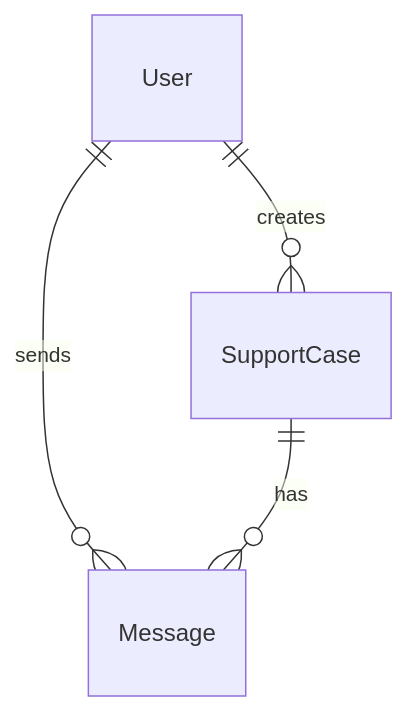
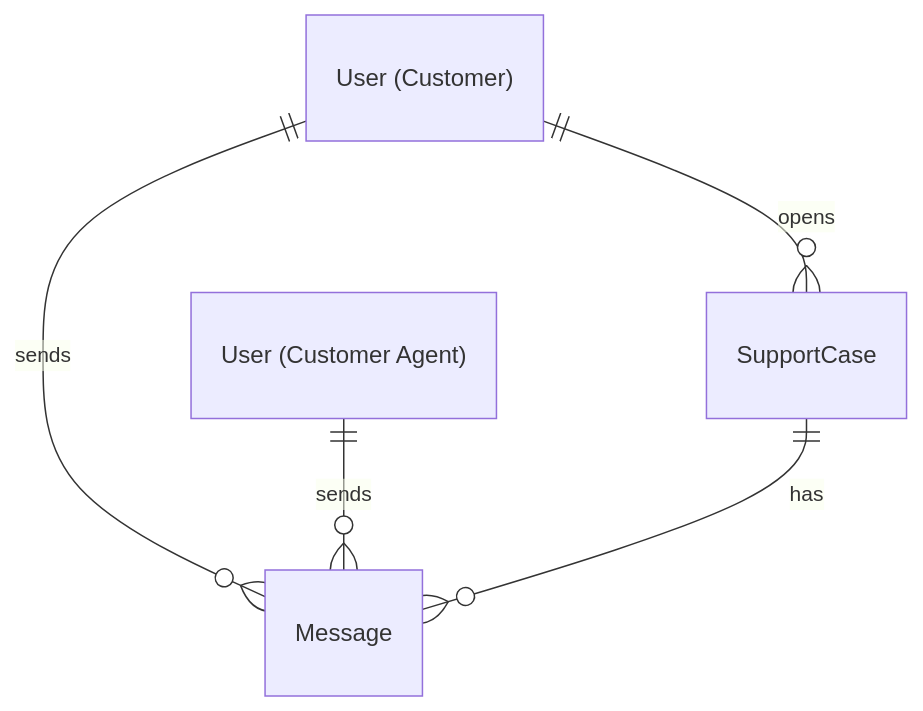
The diagram in README.md (dmarcoux/customer-chat), drawn with Mermaid before and after one commit. The commit also changed other lines of this file and 1 other file, not shown here.

````diff
--- a/README.md
+++ b/README.md
@@ -30,6 +31,10 @@
-```mermaid
-erDiagram
-    User ||--o{ SupportCase : creates
-    User ||--o{ Message : sends
-    SupportCase ||--o{ Message : has
-```
+    ```mermaid
+        erDiagram
+            UserCustomer["User (Customer)"]
+            UserCustomerAgent["User (Customer Agent)"]
+
+            UserCustomer ||--o{ SupportCase : opens
+            UserCustomer ||--o{ Message : sends
+            UserCustomerAgent ||--o{ Message : sends
+            SupportCase ||--o{ Message : has
+    ```
````
